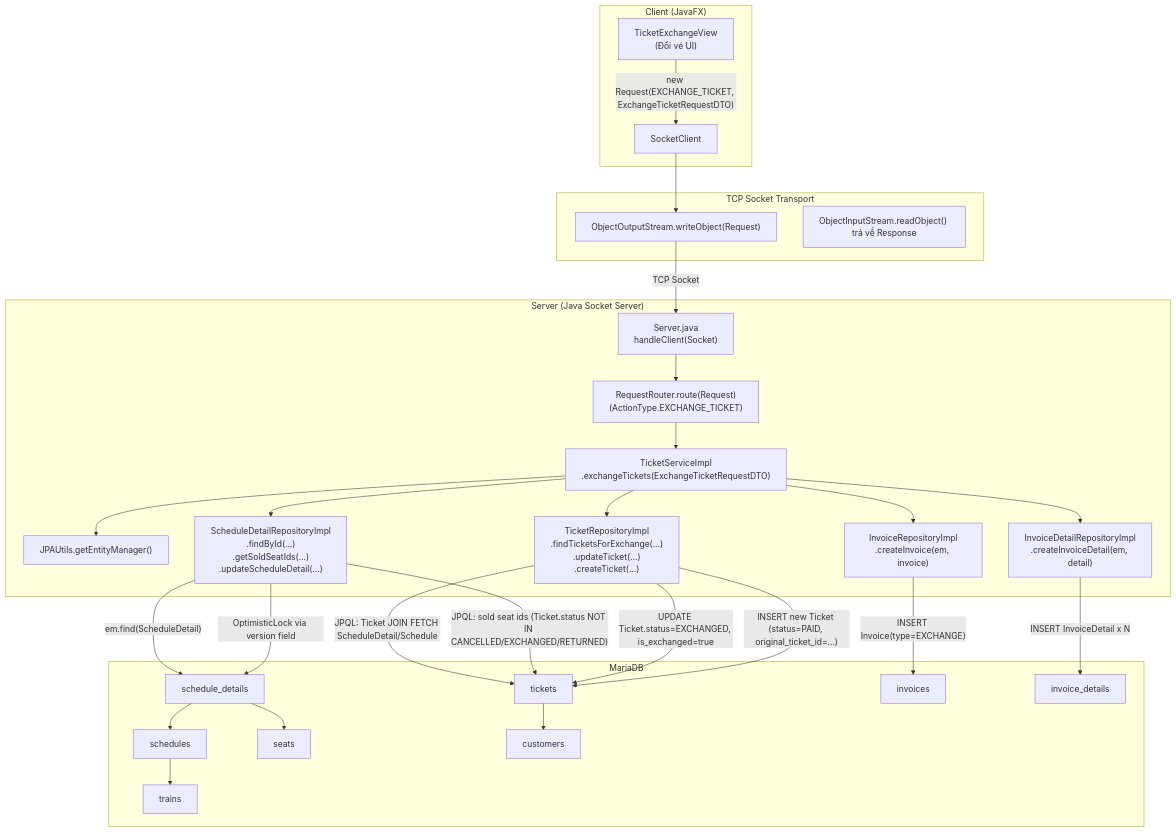
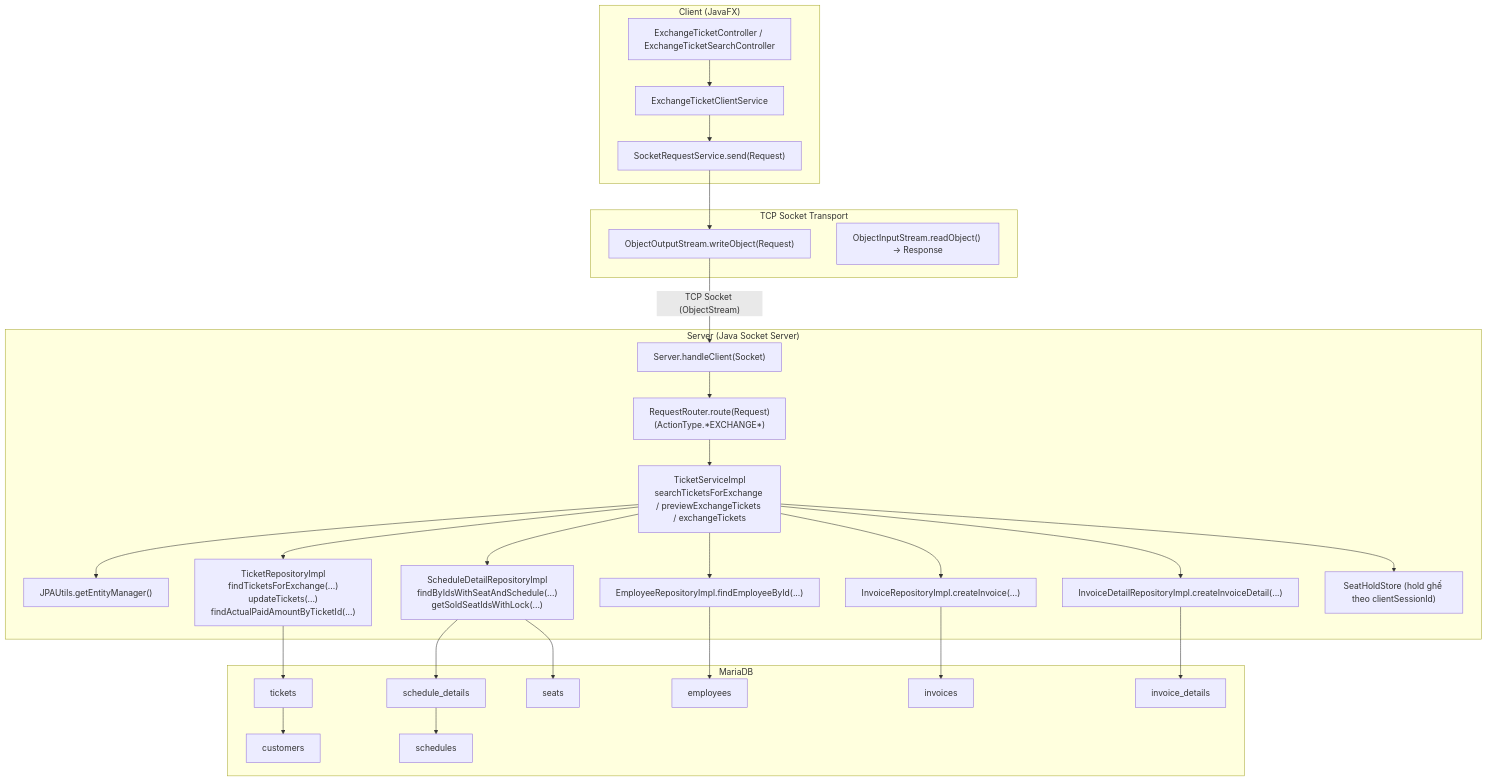
One commit to Distributed-Programing-Project/railway-reservation-system-server changed the first of 3 diagrams in docs/diagrams/sequence/uc002-doi-ve.md. Above: the diagram before and after it, drawn with Mermaid. The commit also changed other lines of this file and 14 other files, not shown here.

````diff
--- a/docs/diagrams/sequence/uc002-doi-ve.md
+++ b/docs/diagrams/sequence/uc002-doi-ve.md
@@ -7,60 +7,50 @@
 ```mermaid
 graph TB
-    subgraph CLIENT ["Client (JavaFX)"]
-        UI["TicketExchangeView<br/>(Đổi vé UI)"]
-        SC["SocketClient"]
-    end
+  subgraph CLIENT["Client (JavaFX)"]
+    UI["ExchangeTicketController / ExchangeTicketSearchController"]
+    CS["ExchangeTicketClientService"]
+    SRS["SocketRequestService.send(Request)"]
+  end
 
-    subgraph TRANSPORT ["TCP Socket Transport"]
-        OOS["ObjectOutputStream.writeObject(Request)"]
-        OIS["ObjectInputStream.readObject() trả về Response"]
-    end
+  subgraph TRANSPORT["TCP Socket Transport"]
+    OOS["ObjectOutputStream.writeObject(Request)"]
+    OIS["ObjectInputStream.readObject() -> Response"]
+  end
 
-    subgraph SERVER ["Server (Java Socket Server)"]
-        SRV["Server.java<br/>handleClient(Socket)"]
-        RR["RequestRouter.route(Request)<br/>(ActionType.EXCHANGE_TICKET)"]
-        SVC["TicketServiceImpl<br/>.exchangeTickets(ExchangeTicketRequestDTO)"]
-        JPA["JPAUtils.getEntityManager()"]
-        T_REPO["TicketRepositoryImpl<br/>.findTicketsForExchange(...)<br/>.updateTicket(...)<br/>.createTicket(...)"]
-        SD_REPO["ScheduleDetailRepositoryImpl<br/>.findById(...)<br/>.getSoldSeatIds(...)<br/>.updateScheduleDetail(...)"]
-        I_REPO["InvoiceRepositoryImpl<br/>.createInvoice(em, invoice)"]
-        ID_REPO["InvoiceDetailRepositoryImpl<br/>.createInvoiceDetail(em, detail)"]
-    end
+  subgraph SERVER["Server (Java Socket Server)"]
+    SRV["Server.handleClient(Socket)"]
+    RR["RequestRouter.route(Request)<br/>(ActionType.*EXCHANGE*)"]
+    SVC["TicketServiceImpl<br/>searchTicketsForExchange / previewExchangeTickets / exchangeTickets"]
+    JPA["JPAUtils.getEntityManager()"]
+    T_REPO["TicketRepositoryImpl<br/>findTicketsForExchange(...)<br/>updateTickets(...)<br/>findActualPaidAmountByTicketId(...)"]
+    SD_REPO["ScheduleDetailRepositoryImpl<br/>findByIdsWithSeatAndSchedule(...)<br/>getSoldSeatIdsWithLock(...)"]
+    E_REPO["EmployeeRepositoryImpl.findEmployeeById(...)"]
+    INV_REPO["InvoiceRepositoryImpl.createInvoice(...)"]
+    INVD_REPO["InvoiceDetailRepositoryImpl.createInvoiceDetail(...)"]
+    HOLD["SeatHoldStore (hold ghế theo clientSessionId)"]
+  end
 
-    subgraph DB ["MariaDB"]
-        T_TICKET["tickets"]
-        T_SD["schedule_details"]
-        T_SCH["schedules"]
-        T_SEAT["seats"]
-        T_TRAIN["trains"]
-        T_CUS["customers"]
-        T_INV["invoices"]
-        T_INVD["invoice_details"]
-    end
+  subgraph DB["MariaDB"]
+    T_EMP["employees"]
+    T_TICKET["tickets"]
+    T_SD["schedule_details"]
+    T_SEAT["seats"]
+    T_SCH["schedules"]
+    T_INV["invoices"]
+    T_INVD["invoice_details"]
+    T_CUS["customers"]
+  end
 
-    UI -- "new Request(EXCHANGE_TICKET, ExchangeTicketRequestDTO)" --> SC
-    SC --> OOS
-    OOS -- "TCP Socket" --> SRV
-    SRV --> RR
-    RR --> SVC
-
-    SVC --> JPA
-    SVC --> T_REPO
-    SVC --> SD_REPO
-    SVC --> I_REPO
-    SVC --> ID_REPO
-
-    T_REPO -- "JPQL: Ticket JOIN FETCH ScheduleDetail/Schedule" --> T_TICKET
-    SD_REPO -- "em.find(ScheduleDetail)" --> T_SD
-    SD_REPO -- "JPQL: sold seat ids (Ticket.status NOT IN CANCELLED/EXCHANGED/RETURNED)" --> T_TICKET
-    SD_REPO -- "OptimisticLock via version field" --> T_SD
-    T_REPO -- "UPDATE Ticket.status=EXCHANGED, is_exchanged=true" --> T_TICKET
-    T_REPO -- "INSERT new Ticket (status=PAID, original_ticket_id=...)" --> T_TICKET
-    I_REPO -- "INSERT Invoice(type=EXCHANGE)" --> T_INV
-    ID_REPO -- "INSERT InvoiceDetail x N" --> T_INVD
-
-    T_TICKET --> T_CUS
-    T_SD --> T_SCH
-    T_SD --> T_SEAT
-    T_SCH --> T_TRAIN
+  UI --> CS --> SRS --> OOS
+  OOS -- "TCP Socket (ObjectStream)" --> SRV
+  SRV --> RR --> SVC --> JPA
+  SVC --> T_REPO --> T_TICKET
+  SVC --> SD_REPO --> T_SD
+  SD_REPO --> T_SEAT
+  SVC --> E_REPO --> T_EMP
+  SVC --> INV_REPO --> T_INV
+  SVC --> INVD_REPO --> T_INVD
+  SVC --> HOLD
+  T_TICKET --> T_CUS
+  T_SD --> T_SCH
 ```
````
